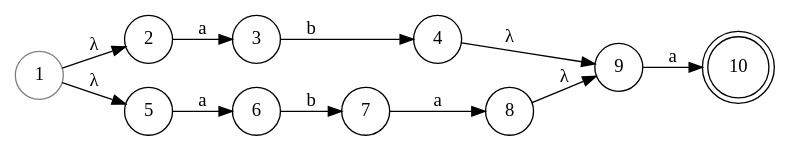
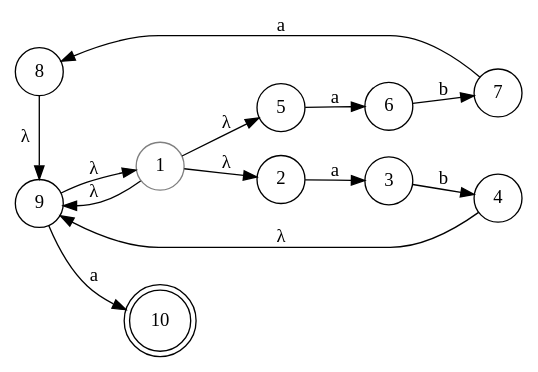
The diagram in images/nfa41.dot (NRU-MPEI-IMAI/regular-languages-and-finite-machines-G0-G4), drawn with Graphviz before and after one commit. The commit also changed 2 other files, not shown here.

```diff
--- a/images/nfa41.dot
+++ b/images/nfa41.dot
@@ -1,15 +1,24 @@
 digraph G{
   rankdir=LR;
   10 [shape = doublecircle];
   1 [ color = "#808080", shape = circle];
   node [shape = circle];
   1 -> 2, 5  [label = "λ"];
   2 -> 3 [label = "a"];
   3 -> 4 [label = "b"];
   5 -> 6 [label = "a"];
   6 -> 7 [label = "b"];
   7 -> 8 [label = "a"];
   4 -> 9 [label = "λ"];
   8 -> 9 [label = "λ"];
   9 -> 10 [label = "a"];
+  1 -> 9 [label = "λ"];
+  9 -> 1 [label = "λ"];
+  {rank = same; 2, 5}
+  {rank = same; 3, 6}
+  {rank = same; 4, 7}
+  {rank = same; 8, 9}
+
+
+
 }
```
